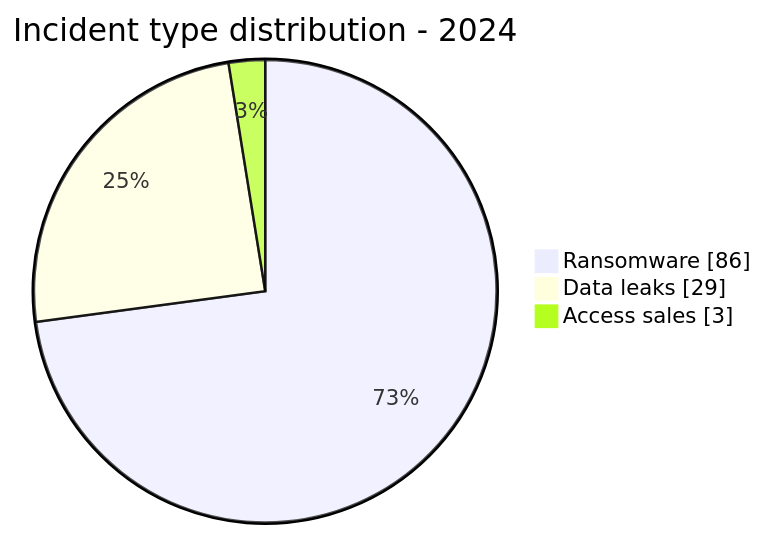
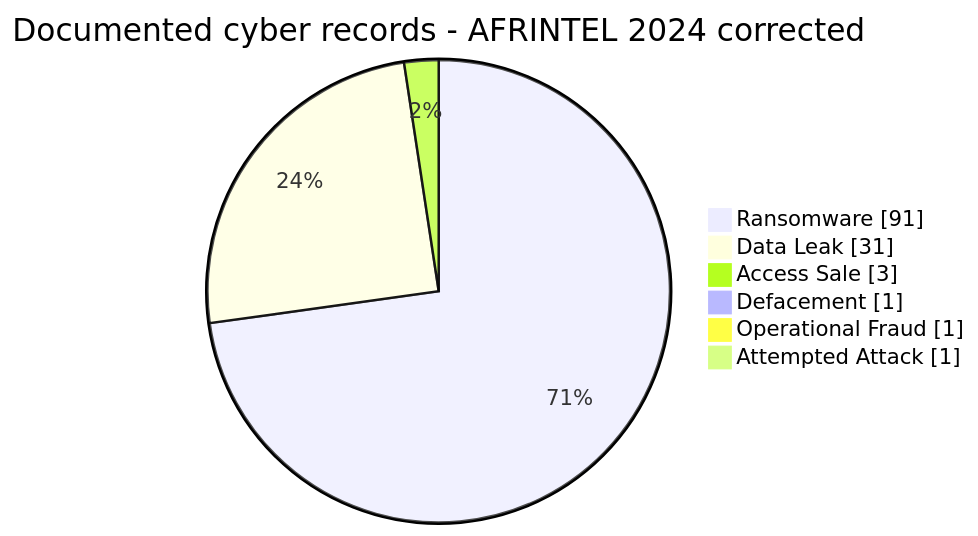
One commit to Hatchepsoute/AFRINTEL changed the first of 3 diagrams in CyberAttackAfrica/2024/README.md. Above: the diagram before and after it, drawn with Mermaid. The commit also changed other lines of this file and 60 other files, not shown here.

````diff
--- a/CyberAttackAfrica/2024/README.md
+++ b/CyberAttackAfrica/2024/README.md
@@ -66,7 +62,10 @@
 ```mermaid
 pie showData
-    title Incident type distribution - 2024
-    "Ransomware" : 86
-    "Data leaks" : 29
-    "Access sales" : 3
+    title Documented cyber records - AFRINTEL 2024 corrected
+    "Ransomware" : 91
+    "Data Leak" : 31
+    "Access Sale" : 3
+    "Defacement" : 1
+    "Operational Fraud" : 1
+    "Attempted Attack" : 1
 ```
````
